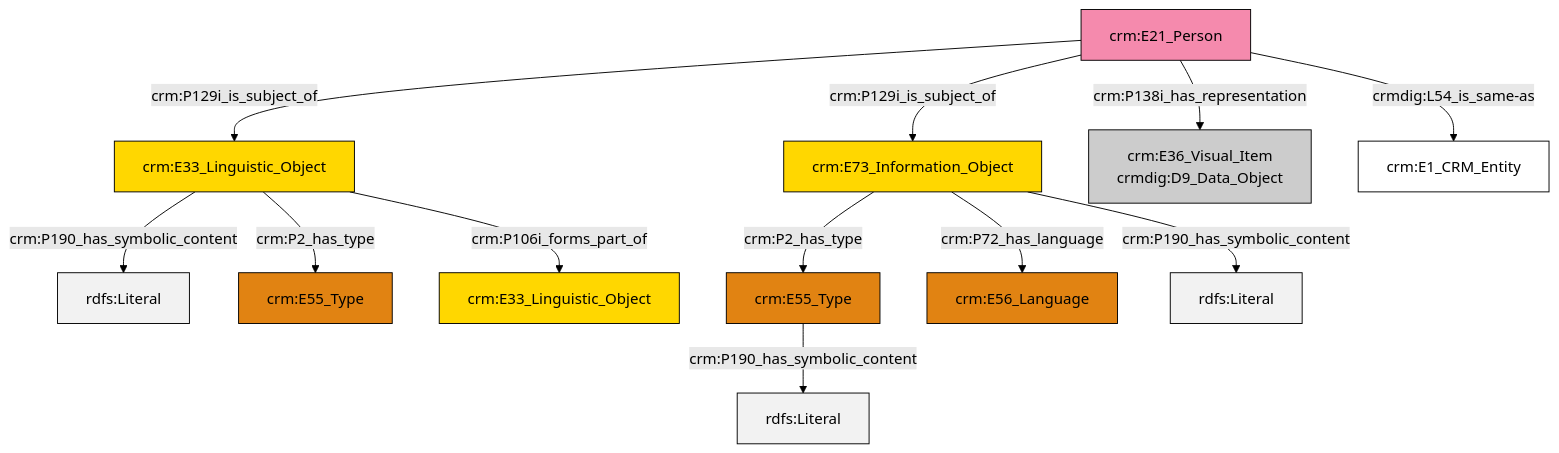
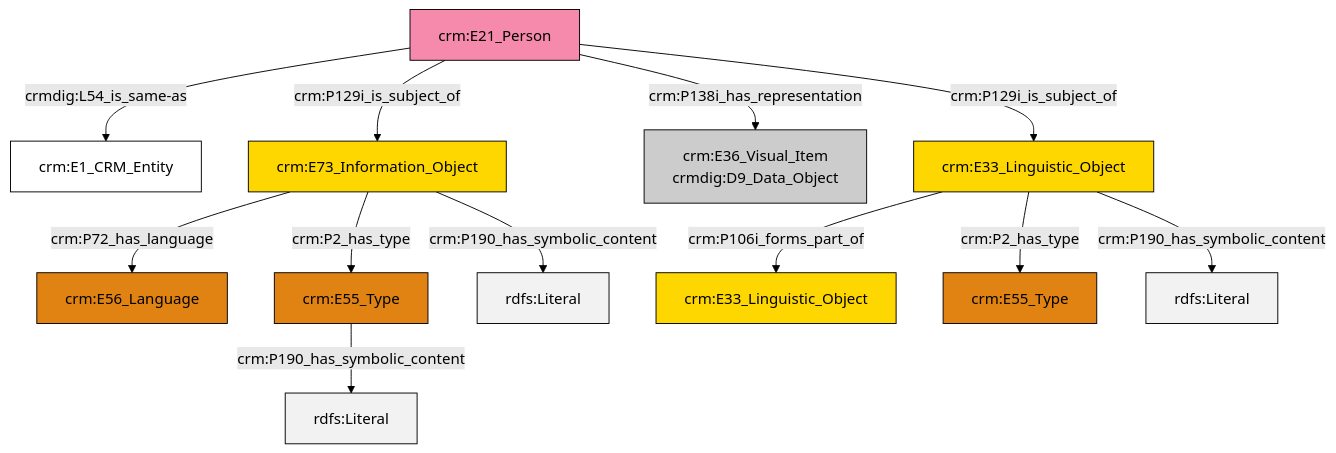
Before and after one commit to swiss-art-research-net/reference-data-models: the diagram in et/personCSV/ttl/mmd/Person_Documentation.ttl.mmd, drawn with Mermaid (forest theme). The commit also changed 129 other files, not shown here.

```diff
--- a/et/personCSV/ttl/mmd/Person_Documentation.ttl.mmd
+++ b/et/personCSV/ttl/mmd/Person_Documentation.ttl.mmd
@@ -1,26 +1,26 @@
 graph TD
 classDef Literal fill:#f2f2f2,stroke:#000000;
 classDef CRM_Entity fill:#FFFFFF,stroke:#000000;
 classDef Temporal_Entity fill:#00C9E6, stroke:#000000;
 classDef Type fill:#E18312, stroke:#000000;
 classDef Time-Span fill:#2C9C91, stroke:#000000;
 classDef Appellation fill:#FFEB7F, stroke:#000000;
 classDef Place fill:#008836, stroke:#000000;
 classDef Persistent_Item fill:#B266B2, stroke:#000000;
 classDef Conceptual_Object fill:#FFD700, stroke:#000000;
 classDef Physical_Thing fill:#D2B48C, stroke:#000000;
 classDef Actor fill:#f58aad, stroke:#000000;
 classDef PC_Classes fill:#4ce600, stroke:#000000;
 classDef Multi fill:#cccccc,stroke:#000000;
 
-0["crm:E73_Information_Object"]:::Conceptual_Object -->|crm:P2_has_type| 1["crm:E55_Type"]:::Type
-2["crm:E21_Person"]:::Actor -->|crm:P129i_is_subject_of| 3["crm:E33_Linguistic_Object"]:::Conceptual_Object
-3["crm:E33_Linguistic_Object"]:::Conceptual_Object -->|crm:P190_has_symbolic_content| 4[rdfs:Literal]:::Literal
-2["crm:E21_Person"]:::Actor -->|crm:P129i_is_subject_of| 0["crm:E73_Information_Object"]:::Conceptual_Object
-0["crm:E73_Information_Object"]:::Conceptual_Object -->|crm:P72_has_language| 6["crm:E56_Language"]:::Type
-1["crm:E55_Type"]:::Type -->|crm:P190_has_symbolic_content| 13[rdfs:Literal]:::Literal
-2["crm:E21_Person"]:::Actor -->|crm:P138i_has_representation| 14["crm:E36_Visual_Item<br>crmdig:D9_Data_Object"]:::Multi
-2["crm:E21_Person"]:::Actor -->|crmdig:L54_is_same-as| 17["crm:E1_CRM_Entity"]:::CRM_Entity
-0["crm:E73_Information_Object"]:::Conceptual_Object -->|crm:P190_has_symbolic_content| 20[rdfs:Literal]:::Literal
-3["crm:E33_Linguistic_Object"]:::Conceptual_Object -->|crm:P2_has_type| 9["crm:E55_Type"]:::Type
-3["crm:E33_Linguistic_Object"]:::Conceptual_Object -->|crm:P106i_forms_part_of| 11["crm:E33_Linguistic_Object"]:::Conceptual_Object
+0["crm:E33_Linguistic_Object"]:::Conceptual_Object -->|crm:P106i_forms_part_of| 1["crm:E33_Linguistic_Object"]:::Conceptual_Object
+2["crm:E73_Information_Object"]:::Conceptual_Object -->|crm:P72_has_language| 3["crm:E56_Language"]:::Type
+4["crm:E21_Person"]:::Actor -->|crmdig:L54_is_same-as| 5["crm:E1_CRM_Entity"]:::CRM_Entity
+0["crm:E33_Linguistic_Object"]:::Conceptual_Object -->|crm:P2_has_type| 8["crm:E55_Type"]:::Type
+4["crm:E21_Person"]:::Actor -->|crm:P129i_is_subject_of| 2["crm:E73_Information_Object"]:::Conceptual_Object
+0["crm:E33_Linguistic_Object"]:::Conceptual_Object -->|crm:P190_has_symbolic_content| 15[rdfs:Literal]:::Literal
+4["crm:E21_Person"]:::Actor -->|crm:P138i_has_representation| 6["crm:E36_Visual_Item<br>crmdig:D9_Data_Object"]:::Multi
+2["crm:E73_Information_Object"]:::Conceptual_Object -->|crm:P2_has_type| 13["crm:E55_Type"]:::Type
+4["crm:E21_Person"]:::Actor -->|crm:P129i_is_subject_of| 0["crm:E33_Linguistic_Object"]:::Conceptual_Object
+13["crm:E55_Type"]:::Type -->|crm:P190_has_symbolic_content| 20[rdfs:Literal]:::Literal
+2["crm:E73_Information_Object"]:::Conceptual_Object -->|crm:P190_has_symbolic_content| 22[rdfs:Literal]:::Literal
```
